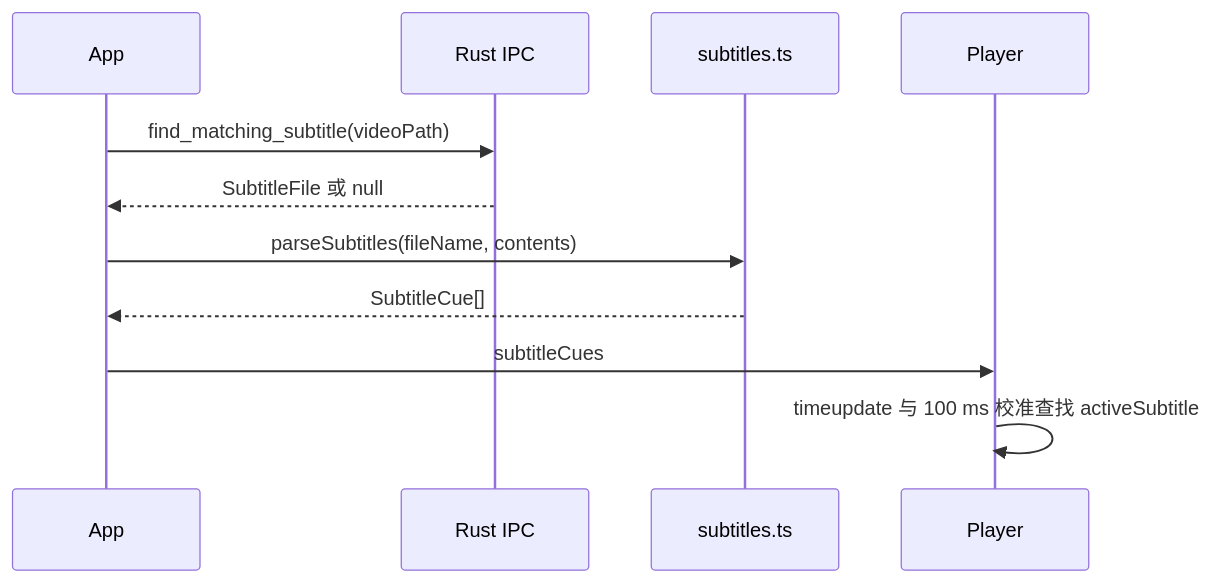
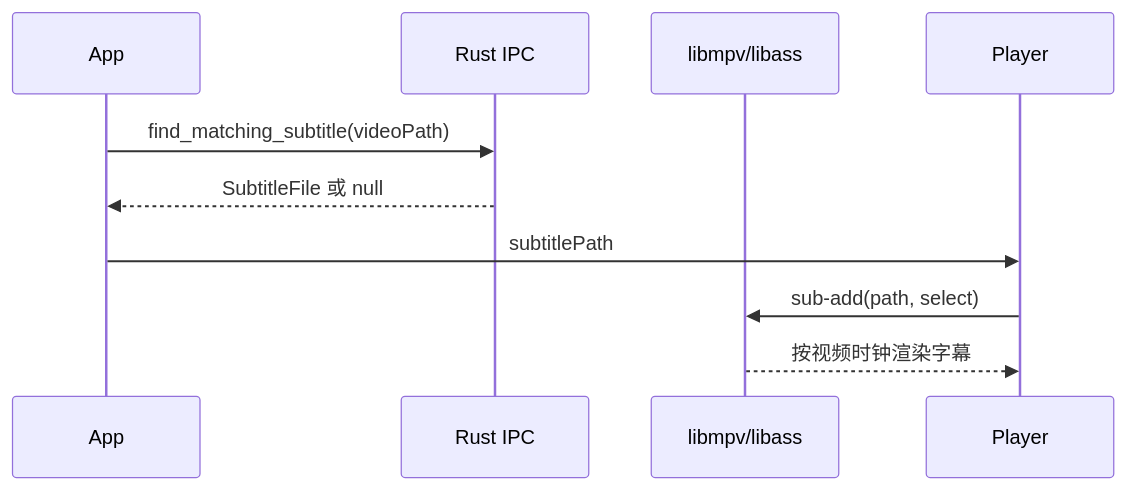
One commit to chaohsvan/CouchAxis changed the second of 2 diagrams in docs/TECHNICAL_IMPLEMENTATION.md. Above: the diagram before and after it, drawn with Mermaid. The commit also changed other lines of this file and 28 other files, not shown here.

````diff
--- a/docs/TECHNICAL_IMPLEMENTATION.md
+++ b/docs/TECHNICAL_IMPLEMENTATION.md
@@ -405,13 +409,12 @@
 ```mermaid
 sequenceDiagram
     participant App
     participant Rust as Rust IPC
-    participant Parser as subtitles.ts
+    participant MPV as libmpv/libass
     participant Player
     App->>Rust: find_matching_subtitle(videoPath)
     Rust-->>App: SubtitleFile 或 null
-    App->>Parser: parseSubtitles(fileName, contents)
-    Parser-->>App: SubtitleCue[]
-    App->>Player: subtitleCues
-    Player->>Player: timeupdate 与 100 ms 校准查找 activeSubtitle
+    App->>Player: subtitlePath
+    Player->>MPV: sub-add(path, select)
+    MPV-->>Player: 按视频时钟渲染字幕
 ```
````
